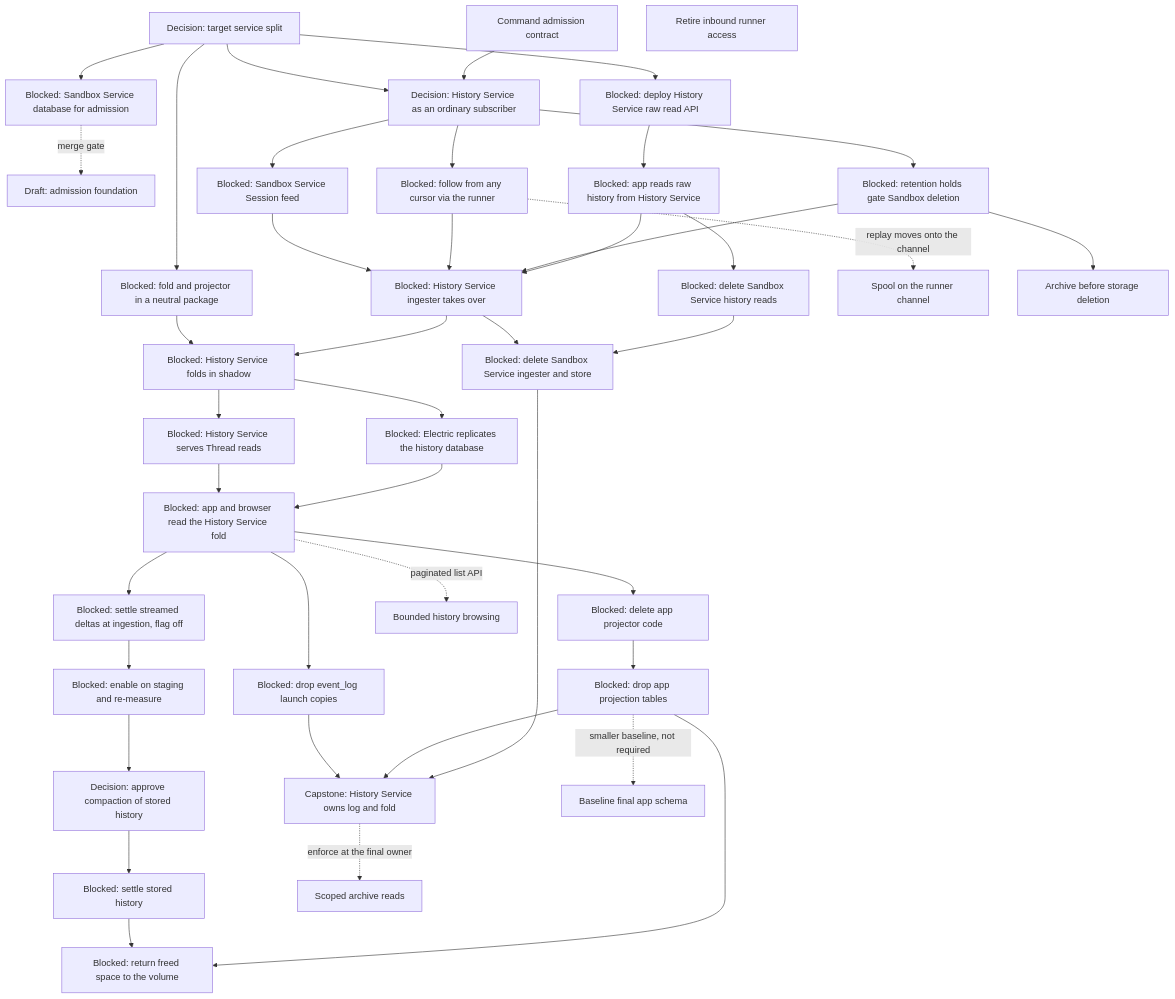
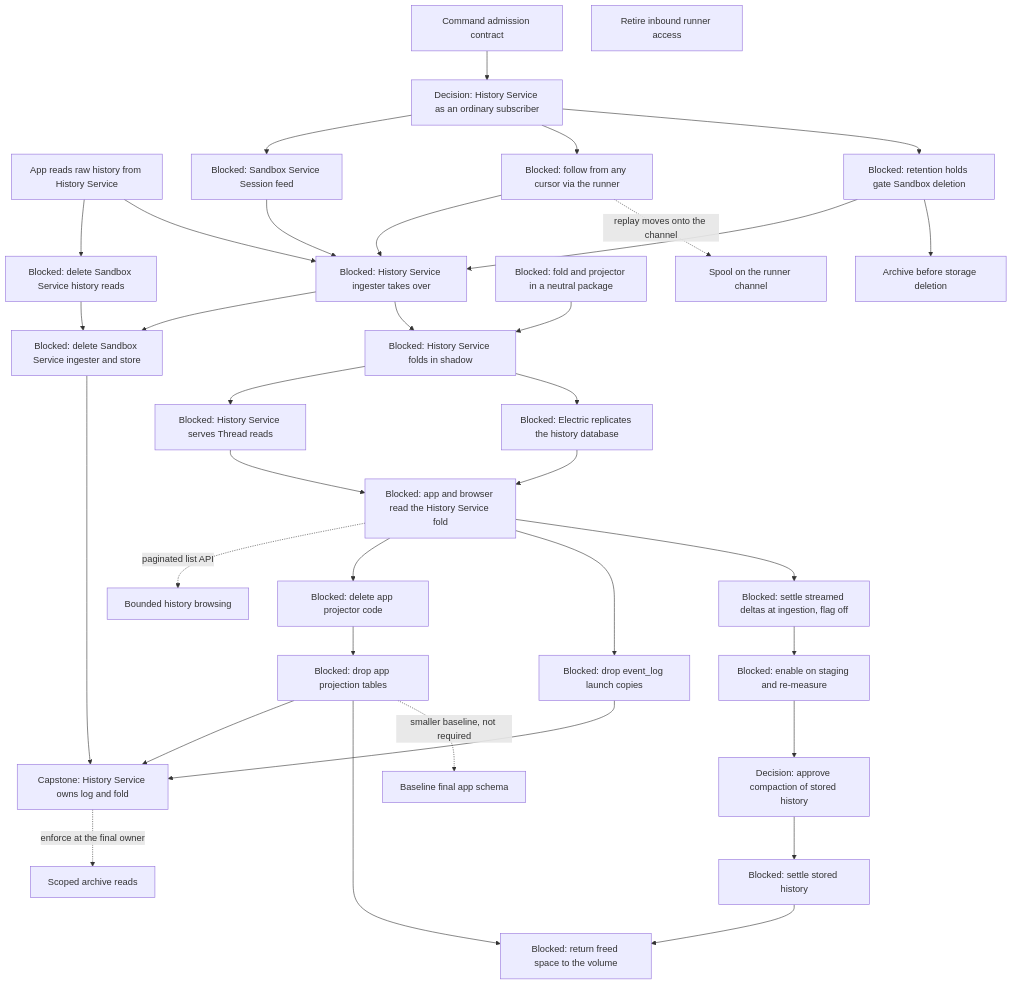
Before and after one commit to agentydragon-agent/ducktape: the eighth of 9 diagrams in agentplane/plans/task_dag.md, drawn with Mermaid. The commit also changed other lines of this file and 24 other files, not shown here.

First line of the commit message:
agentplane: bring up the History Service read API (#9731)

````diff
--- a/agentplane/plans/task_dag.md
+++ b/agentplane/plans/task_dag.md
@@ -761,76 +749,66 @@
 ```mermaid
 flowchart TD
-    SERVICE_BOUNDARIES[Decision: target service split]
     SESSION_FOLLOW_CONTRACT[Decision: History Service as an ordinary subscriber]
     SESSION_COMMAND_CONTRACT[Command admission contract]
-    SESSION_COMMAND_CORE[Draft: admission foundation]
-    SANDBOX_COMMAND_DATABASE[Blocked: Sandbox Service database for admission]
-    HISTORY_SERVICE_BRINGUP[Blocked: deploy History Service raw read API]
-    HISTORY_READ_CUTOVER[Blocked: app reads raw history from History Service]
+    HISTORY_READ_CUTOVER[App reads raw history from History Service]
     SANDBOX_HISTORY_READS_RETIRE[Blocked: delete Sandbox Service history reads]
     SESSION_WATCH[Blocked: Sandbox Service Session feed]
     FOLLOW_REPLAY[Blocked: follow from any cursor via the runner]
     RETENTION_HOLDS[Blocked: retention holds gate Sandbox deletion]
     HISTORY_WRITE_HANDOFF[Blocked: History Service ingester takes over]
     SANDBOX_LOCAL_HISTORY_RETIRE[Blocked: delete Sandbox Service ingester and store]
     FOLD_LIBRARY_EXTRACT[Blocked: fold and projector in a neutral package]
     FOLD_SHADOW[Blocked: History Service folds in shadow]
     FOLD_READ_API[Blocked: History Service serves Thread reads]
     ELECTRIC_HISTORY_SOURCE[Blocked: Electric replicates the history database]
     FOLD_READ_CUTOVER[Blocked: app and browser read the History Service fold]
     APP_PROJECTOR_RETIRE[Blocked: delete app projector code]
     APP_PROJECTION_RETIRE[Blocked: drop app projection tables]
     APP_EVENT_LOG_COPIES_RETIRE[Blocked: drop event_log launch copies]
     HISTORY_SERVICE_OWNERSHIP[Capstone: History Service owns log and fold]
     SESSION_EVENT_RETENTION[Blocked: settle streamed deltas at ingestion, flag off]
     SESSION_EVENT_RETENTION_ENABLE[Blocked: enable on staging and re-measure]
     SESSION_EVENT_COMPACTION_PLAN[Decision: approve compaction of stored history]
     SESSION_EVENT_COMPACTION[Blocked: settle stored history]
     HISTORY_REPACK[Blocked: return freed space to the volume]
     APP_ALEMBIC_SQUASH[Baseline final app schema]
     THREAD_BROWSE_PAGINATE[Bounded history browsing]
     THREAD_READ_POLICY[Scoped archive reads]
     RUNNER_OUTBOUND_SPOOL[Spool on the runner channel]
     RUNNER_INBOUND_RETIRE[Retire inbound runner access]
     SANDBOX_LIFECYCLE_DURABILITY[Archive before storage deletion]
-    SERVICE_BOUNDARIES --> SESSION_FOLLOW_CONTRACT
     SESSION_COMMAND_CONTRACT --> SESSION_FOLLOW_CONTRACT
-    SERVICE_BOUNDARIES --> SANDBOX_COMMAND_DATABASE
-    SANDBOX_COMMAND_DATABASE -. merge gate .-> SESSION_COMMAND_CORE
-    SERVICE_BOUNDARIES --> HISTORY_SERVICE_BRINGUP
-    HISTORY_SERVICE_BRINGUP --> HISTORY_READ_CUTOVER
     HISTORY_READ_CUTOVER --> SANDBOX_HISTORY_READS_RETIRE
     SESSION_FOLLOW_CONTRACT --> SESSION_WATCH
     SESSION_FOLLOW_CONTRACT --> FOLLOW_REPLAY
     SESSION_FOLLOW_CONTRACT --> RETENTION_HOLDS
     SESSION_WATCH --> HISTORY_WRITE_HANDOFF
     FOLLOW_REPLAY --> HISTORY_WRITE_HANDOFF
     RETENTION_HOLDS --> HISTORY_WRITE_HANDOFF
     HISTORY_READ_CUTOVER --> HISTORY_WRITE_HANDOFF
     HISTORY_WRITE_HANDOFF --> SANDBOX_LOCAL_HISTORY_RETIRE
     SANDBOX_HISTORY_READS_RETIRE --> SANDBOX_LOCAL_HISTORY_RETIRE
-    SERVICE_BOUNDARIES --> FOLD_LIBRARY_EXTRACT
     FOLD_LIBRARY_EXTRACT --> FOLD_SHADOW
     HISTORY_WRITE_HANDOFF --> FOLD_SHADOW
     FOLD_SHADOW --> FOLD_READ_API
     FOLD_SHADOW --> ELECTRIC_HISTORY_SOURCE
     FOLD_READ_API --> FOLD_READ_CUTOVER
     FOLD_READ_CUTOVER -. paginated list API .-> THREAD_BROWSE_PAGINATE
     ELECTRIC_HISTORY_SOURCE --> FOLD_READ_CUTOVER
     FOLD_READ_CUTOVER --> APP_PROJECTOR_RETIRE
     APP_PROJECTOR_RETIRE --> APP_PROJECTION_RETIRE
     FOLD_READ_CUTOVER --> APP_EVENT_LOG_COPIES_RETIRE
     APP_EVENT_LOG_COPIES_RETIRE --> HISTORY_SERVICE_OWNERSHIP
     APP_PROJECTION_RETIRE --> HISTORY_SERVICE_OWNERSHIP
     SANDBOX_LOCAL_HISTORY_RETIRE --> HISTORY_SERVICE_OWNERSHIP
     FOLD_READ_CUTOVER --> SESSION_EVENT_RETENTION
     SESSION_EVENT_RETENTION --> SESSION_EVENT_RETENTION_ENABLE
     SESSION_EVENT_RETENTION_ENABLE --> SESSION_EVENT_COMPACTION_PLAN
     SESSION_EVENT_COMPACTION_PLAN --> SESSION_EVENT_COMPACTION
     SESSION_EVENT_COMPACTION --> HISTORY_REPACK
     APP_PROJECTION_RETIRE --> HISTORY_REPACK
     APP_PROJECTION_RETIRE -. smaller baseline, not required .-> APP_ALEMBIC_SQUASH
     HISTORY_SERVICE_OWNERSHIP -. enforce at the final owner .-> THREAD_READ_POLICY
     FOLLOW_REPLAY -. replay moves onto the channel .-> RUNNER_OUTBOUND_SPOOL
     RETENTION_HOLDS --> SANDBOX_LIFECYCLE_DURABILITY
 ```
````
